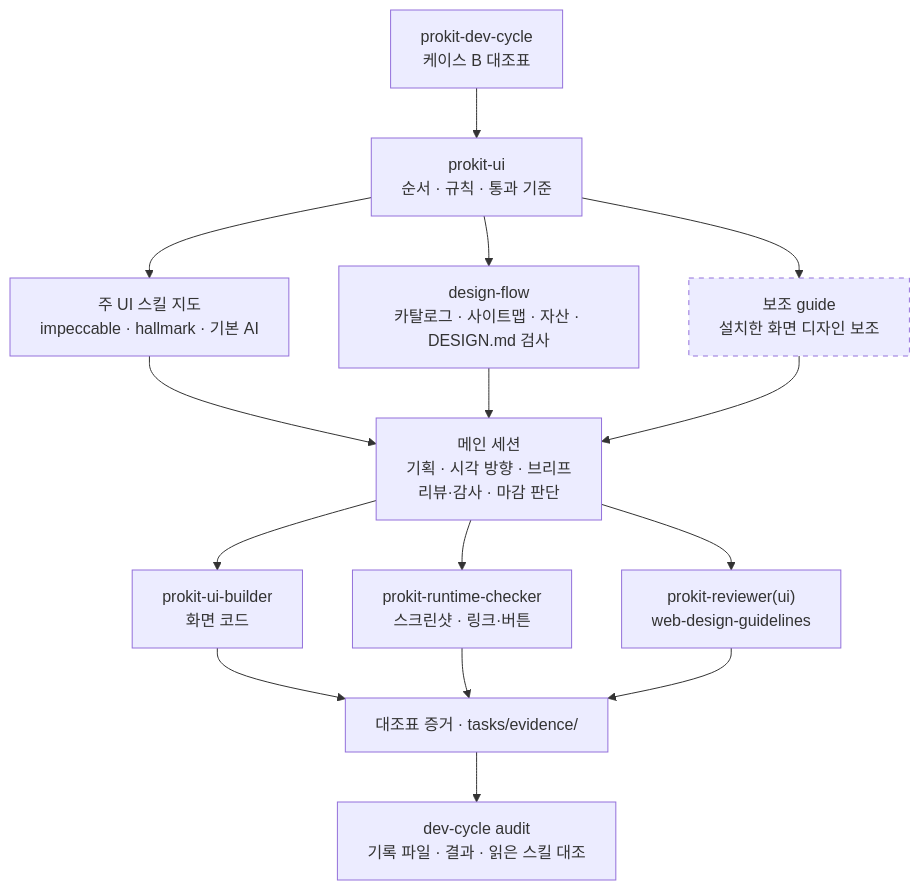
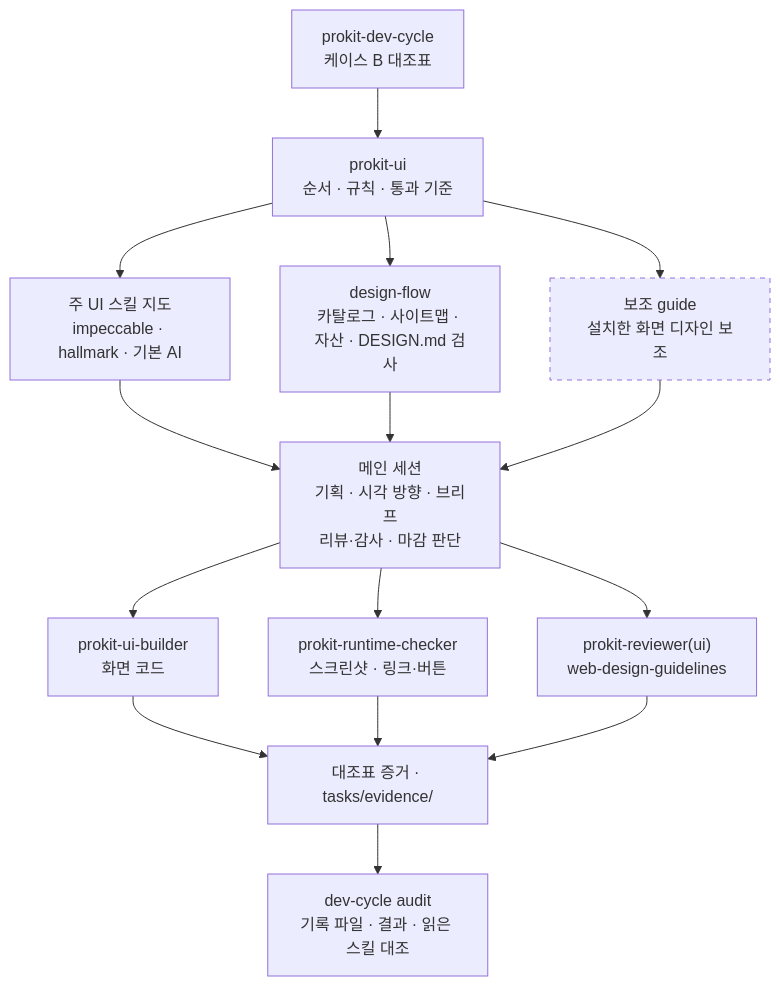
Before and after one commit to roadkwon-ai/pro-kit: the second of 6 diagrams in handbook/design/ui-flow.md, drawn with Mermaid. The commit also changed 21 other files, not shown here.

````diff
--- a/handbook/design/ui-flow.md
+++ b/handbook/design/ui-flow.md
@@ -65,24 +65,24 @@
 ```mermaid
 ---
 config:
   flowchart:
-    wrappingWidth: 240
+    wrappingWidth: 160
 ---
 flowchart TB
   DC["prokit-dev-cycle<br/>케이스 B 대조표"] --> UI["prokit-ui<br/>순서 · 규칙 · 통과 기준"]
   UI --> MAP["주 UI 스킬 지도<br/>impeccable · hallmark · 기본 AI"]
   UI --> FLOW["design-flow<br/>카탈로그 · 사이트맵 · 자산 · DESIGN.md 검사"]
   UI --> ADD["보조 guide<br/>설치한 화면 디자인 보조"]
   MAP --> MAIN["메인 세션<br/>기획 · 시각 방향 · 브리프<br/>리뷰·감사 · 마감 판단"]
   FLOW --> MAIN
   ADD --> MAIN
   MAIN --> B["prokit-ui-builder<br/>화면 코드"]
   MAIN --> RC["prokit-runtime-checker<br/>스크린샷 · 링크·버튼"]
   MAIN --> RV["prokit-reviewer(ui)<br/>web-design-guidelines"]
   B --> EV["대조표 증거 · tasks/evidence/"]
   RC --> EV
   RV --> EV
   EV --> AU["dev-cycle audit<br/>기록 파일 · 결과 · 읽은 스킬 대조"]
   classDef opt stroke-dasharray: 5 5
   class ADD opt
 ```
````
